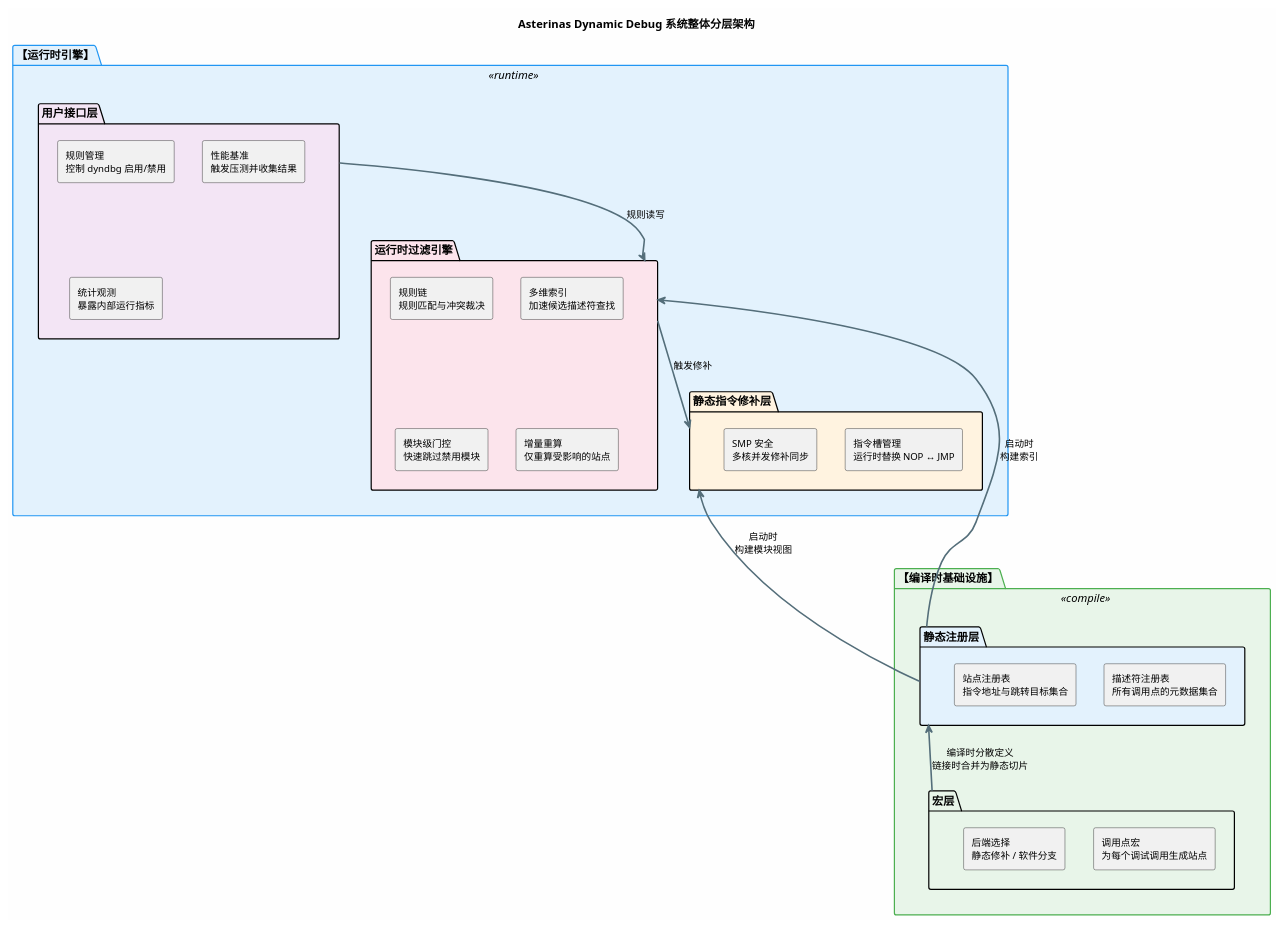
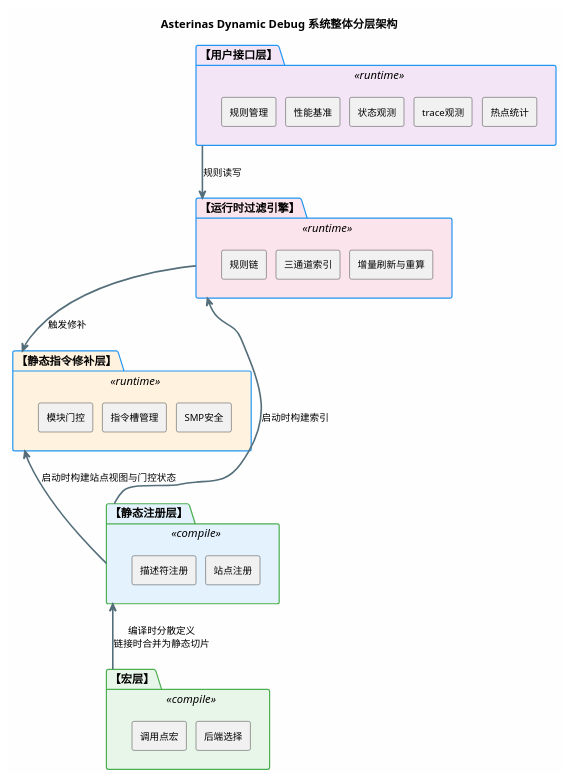
Before and after one commit to LHHL7/asterinas-dyn-debug: the diagram in 一些开发资料/pic/1架构图/01_系统整体分层架构.puml, drawn with PlantUML. The commit also changed 42 other files, not shown here.

```diff
--- a/一些开发资料/pic/1架构图/01_系统整体分层架构.puml
+++ b/一些开发资料/pic/1架构图/01_系统整体分层架构.puml
@@ -1,81 +1,87 @@
 @startuml 系统整体分层架构
 ' ============================================================
 ' 图1: Asterinas Dynamic Debug 系统整体分层架构
 ' 5层: 宏层 → 静态注册层 → 修补层/过滤引擎 → 接口层
+
+' 现在1用户层：规则管理 性能基准 状态观测 trace观测  热点统计
+'  2运行过滤层：规则链 三通道索引 增量刷新与重算
+'  3静态修补层：模块门控 指令槽管理 SMP安全
+'  4 静态注册层：描述符注册 站点注册
+'  5宏层： 调用点宏 后端选择
 ' ============================================================
 
 skinparam backgroundColor #FEFEFE
 skinparam defaultFontName "WenQuanYi Micro Hei"
+skinparam nodesep 12
+skinparam ranksep 30
 
 skinparam package {
   BackgroundColor<<compile>> #E8F5E9
   BorderColor<<compile>> #4CAF50
   BackgroundColor<<runtime>> #E3F2FD
   BorderColor<<runtime>> #2196F3
   FontSize 14
 }
 
 skinparam rectangle {
   FontSize 12
 }
 
 skinparam arrow {
   Color #546E7A
   Thickness 2
   FontSize 12
 }
 
 title Asterinas Dynamic Debug 系统整体分层架构
 
-' ==================================================================
-' 上半部分: 运行时引擎
-' ==================================================================
-package "【运行时引擎】" as RUNTIME <<runtime>> {
-
-  package "用户接口层" as IFACE #F3E5F5 {
-    rectangle "规则管理\n控制 dyndbg 启用/禁用" as dd
-    rectangle "性能基准\n触发压测并收集结果" as bench
-    rectangle "统计观测\n暴露内部运行指标" as stats
-  }
-
-  package "运行时过滤引擎" as FILTER #FCE4EC {
-    rectangle "规则链\n规则匹配与冲突裁决" as rules
-    rectangle "多维索引\n加速候选描述符查找" as index
-    rectangle "模块级门控\n快速跳过禁用模块" as modstate
-    rectangle "增量重算\n仅重算受影响的站点" as refresh
-  }
-
-  package "静态指令修补层" as PATCH #FFF3E0 {
-    rectangle "指令槽管理\n运行时替换 NOP ↔ JMP" as slot
-    rectangle "SMP 安全\n多核并发修补同步" as smp
-  }
-
-  IFACE -down-> FILTER : "规则读写"
-  FILTER -down-> PATCH : "触发修补"
+package "【用户接口层】" as IFACE <<runtime>> #F3E5F5 {
+  rectangle "规则管理" as dd
+  rectangle "性能基准" as bench
+  rectangle "状态观测" as status
+  rectangle "trace观测" as trace
+  rectangle "热点统计" as hot
 }
 
-' ==================================================================
-' 下半部分: 编译时基础设施
-' ==================================================================
-package "【编译时基础设施】" as COMPILE <<compile>> {
-
-  package "静态注册层" as REGISTRY #E3F2FD {
-    rectangle "描述符注册表\n所有调用点的元数据集合" as desc_reg
-    rectangle "站点注册表\n指令地址与跳转目标集合" as site_reg
-  }
-
-  package "宏层" as MACRO #E8F5E9 {
-    rectangle "调用点宏\n为每个调试调用生成站点" as macros
-    rectangle "后端选择\n静态修补 / 软件分支" as backends
-  }
-
-  MACRO -up-> REGISTRY : "编译时分散定义\n链接时合并为静态切片"
+package "【运行时过滤引擎】" as FILTER <<runtime>> #FCE4EC {
+  rectangle "规则链" as rules
+  rectangle "三通道索引" as index
+  rectangle "增量刷新与重算" as refresh
 }
 
-' ==================================================================
-' 注册层 → 运行时的启动时绑定
-' ==================================================================
-REGISTRY -up-> FILTER : "启动时\n构建索引"
-REGISTRY -up-> PATCH : "启动时\n构建模块视图"
+package "【静态指令修补层】" as PATCH <<runtime>> #FFF3E0 {
+  rectangle "模块门控" as modstate
+  rectangle "指令槽管理" as slot
+  rectangle "SMP安全" as smp
+}
+
+package "【静态注册层】" as REGISTRY <<compile>> #E3F2FD {
+  rectangle "描述符注册" as desc_reg
+  rectangle "站点注册" as site_reg
+}
+
+package "【宏层】" as MACRO <<compile>> #E8F5E9 {
+  rectangle "调用点宏" as macros
+  rectangle "后端选择" as backends
+}
+
+' ===== 同层块强制同行 (hidden 约束, 防折行) =====
+dd -[hidden]right-> bench
+bench -[hidden]right-> status
+status -[hidden]right-> trace
+trace -[hidden]right-> hot
+rules -[hidden]right-> index
+index -[hidden]right-> refresh
+modstate -[hidden]right-> slot
+slot -[hidden]right-> smp
+desc_reg -[hidden]right-> site_reg
+macros -[hidden]right-> backends
+
+' ===== 层间关系 =====
+IFACE -down-> FILTER : "规则读写"
+FILTER -down-> PATCH : "触发修补"
+MACRO -up-> REGISTRY : "编译时分散定义\n链接时合并为静态切片"
+REGISTRY -up-> FILTER : "启动时构建索引"
+REGISTRY -up-> PATCH : "启动时构建站点视图与门控状态"
 
 @enduml
```
